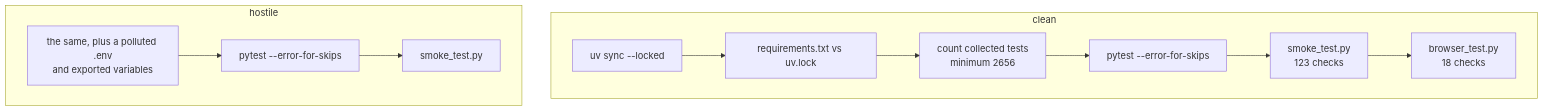
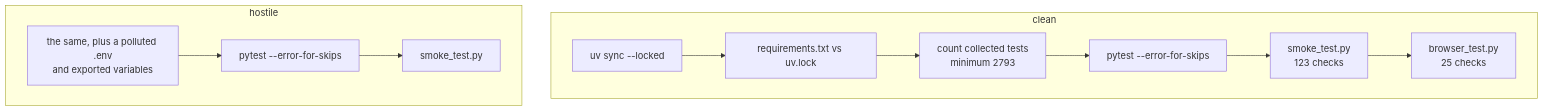
One commit to IAMN1/link-shortener changed the diagram in docs/testing.md. Above: the diagram before and after it, drawn with Mermaid. The commit also changed other lines of this file and 7 other files, not shown here.

````diff
--- a/docs/testing.md
+++ b/docs/testing.md
@@ -248,12 +323,12 @@
 ```mermaid
 flowchart TD
     subgraph clean["clean"]
         C1[uv sync --locked] --> C2[requirements.txt vs uv.lock]
-        C2 --> C3[count collected tests<br/>minimum 2656] --> C4[pytest --error-for-skips]
-        C4 --> C5[smoke_test.py<br/>123 checks] --> C6[browser_test.py<br/>18 checks]
+        C2 --> C3[count collected tests<br/>minimum 2793] --> C4[pytest --error-for-skips]
+        C4 --> C5[smoke_test.py<br/>123 checks] --> C6[browser_test.py<br/>25 checks]
     end
     subgraph hostile["hostile"]
         H1[the same, plus a polluted .env<br/>and exported variables] --> H2[pytest --error-for-skips]
         H2 --> H3[smoke_test.py]
     end
 ```
````
